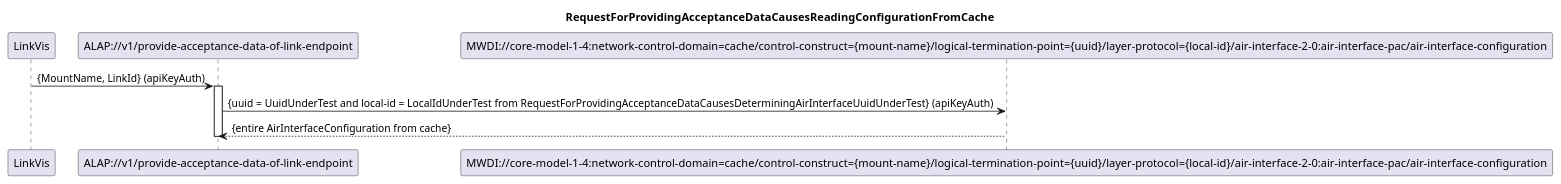
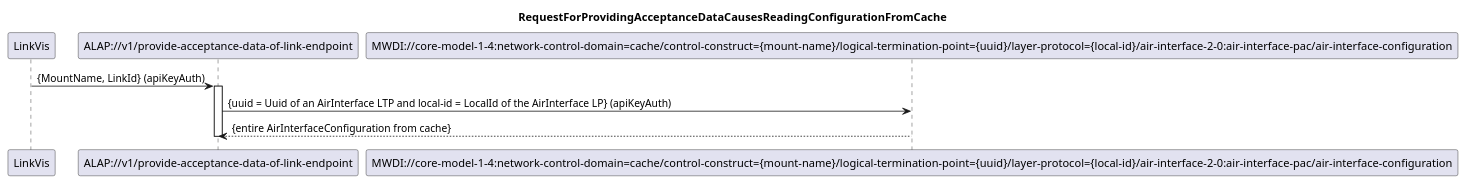
Before and after one commit to openBackhaul/AccessPlanningToolProxy: the diagram in spec/diagrams/103_ReadingConfigFromCache.plantuml, drawn with PlantUML. The commit also changed 1 other file, not shown here.

Commit message:
Modify description in diagram of ReadingConfigFromCache

```diff
--- a/spec/diagrams/103_ReadingConfigFromCache.plantuml
+++ b/spec/diagrams/103_ReadingConfigFromCache.plantuml
@@ -1,20 +1,20 @@
 @startuml 103_ReadingConfigFromCache
 skinparam responseMessageBelowArrow true
 
 title
 RequestForProvidingAcceptanceDataCausesReadingConfigurationFromCache
 end title
 
 participant "LinkVis" as LinkVis
 participant "ALAP://v1/provide-acceptance-data-of-link-endpoint" as ALAP
 participant "MWDI://core-model-1-4:network-control-domain=cache/control-construct={mount-name}/logical-termination-point={uuid}/layer-protocol={local-id}/air-interface-2-0:air-interface-pac/air-interface-configuration" as MwdiConfig
 
 LinkVis -> ALAP: {MountName, LinkId} (apiKeyAuth)
 activate ALAP
 
-ALAP -> MwdiConfig: {uuid = UuidUnderTest and local-id = LocalIdUnderTest from RequestForProvidingAcceptanceDataCausesDeterminingAirInterfaceUuidUnderTest} (apiKeyAuth)
+ALAP -> MwdiConfig: {uuid = Uuid of an AirInterface LTP and local-id = LocalId of the AirInterface LP} (apiKeyAuth)
 MwdiConfig --> ALAP: {entire AirInterfaceConfiguration from cache}
 
 deactivate ALAP
 
 @enduml
```
